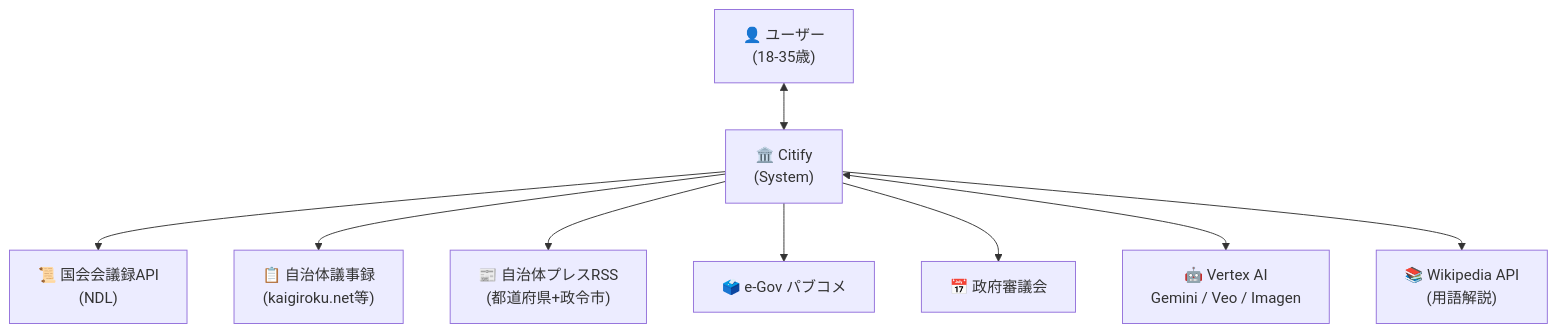
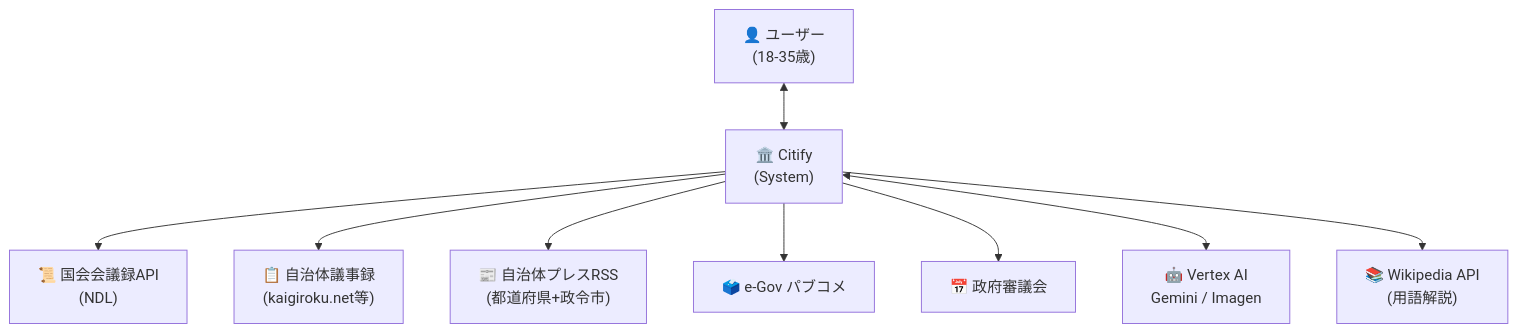
One commit to yujmatsu/citify changed the first of 4 diagrams in docs/ARCHITECTURE.md. Above: the diagram before and after it, drawn with Mermaid. The commit also changed other lines of this file and 17 other files, not shown here.

````diff
--- a/docs/ARCHITECTURE.md
+++ b/docs/ARCHITECTURE.md
@@ -28,23 +35,23 @@
 ```mermaid
 graph TB
     User["👤 ユーザー<br/>(18-35歳)"]
     Citify["🏛️ Citify<br/>(System)"]
 
     Kokkai["📜 国会会議録API<br/>(NDL)"]
     Kaigiroku["📋 自治体議事録<br/>(kaigiroku.net等)"]
     PressRSS["📰 自治体プレスRSS<br/>(都道府県+政令市)"]
     EGov["🗳️ e-Gov パブコメ"]
     Calendar["📅 政府審議会"]
 
-    Gemini["🤖 Vertex AI<br/>Gemini / Veo / Imagen"]
+    Gemini["🤖 Vertex AI<br/>Gemini / Imagen"]
     Wikipedia["📚 Wikipedia API<br/>(用語解説)"]
 
     User <--> Citify
     Citify --> Kokkai
     Citify --> Kaigiroku
     Citify --> PressRSS
     Citify --> EGov
     Citify --> Calendar
     Citify <--> Gemini
     Citify --> Wikipedia
 ```
````
